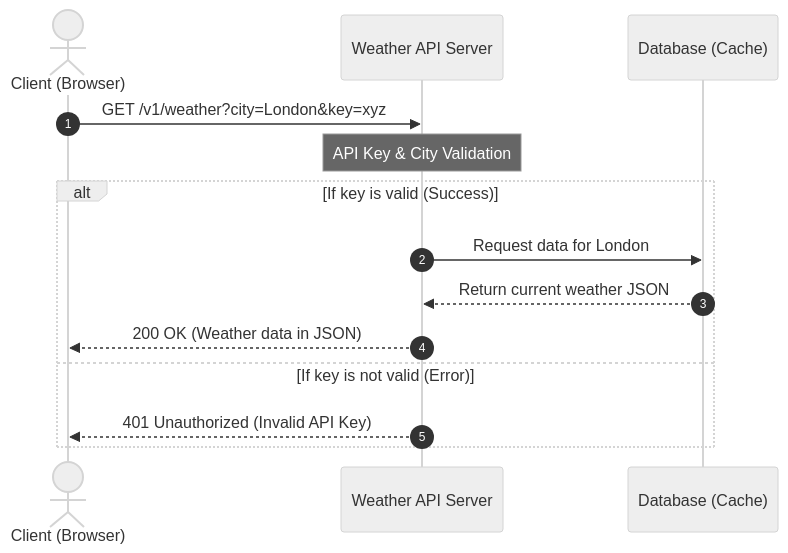
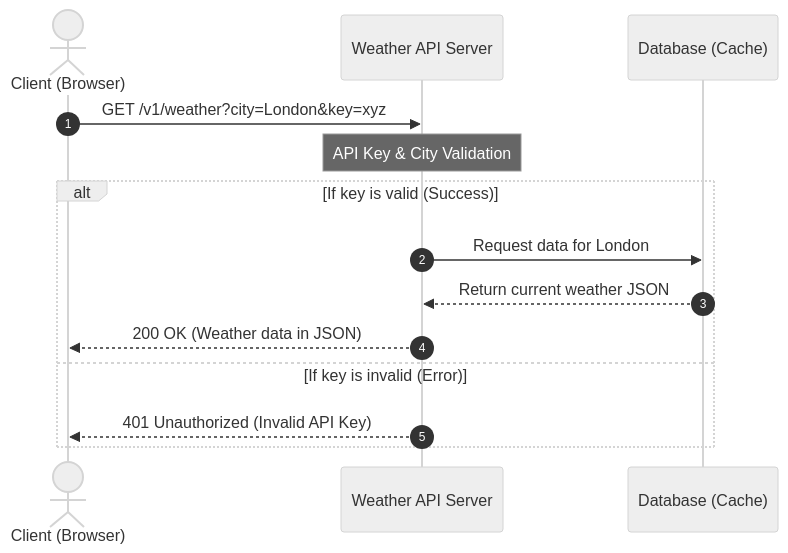
Before and after one commit to badmuchi/Tech-writer: the diagram in docs/api-guide.md, drawn with Mermaid (neutral theme). The commit also changed 3 other files, not shown here.

Commit message:
Edited the diagram

````diff
--- a/docs/api-guide.md
+++ b/docs/api-guide.md
@@ -1,17 +1,17 @@
 ```mermaid
 sequenceDiagram
     autonumber
     actor User as Client (Browser)
     participant API as Weather API Server
     participant DB as Database (Cache)
 
     User->>API: GET /v1/weather?city=London&key=xyz
     Note over API: API Key & City Validation
     alt If key is valid (Success)
         API->>DB: Request data for London
         DB-->>API: Return current weather JSON 
         API-->>User: 200 OK (Weather data in JSON)
-    else If key is not valid (Error)
+    else If key is invalid (Error)
         API-->>User: 401 Unauthorized (Invalid API Key)
     end
 ```
````
